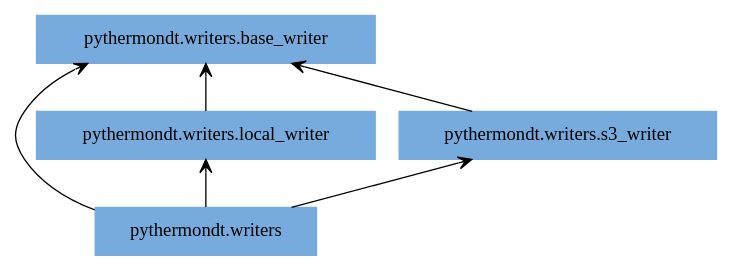
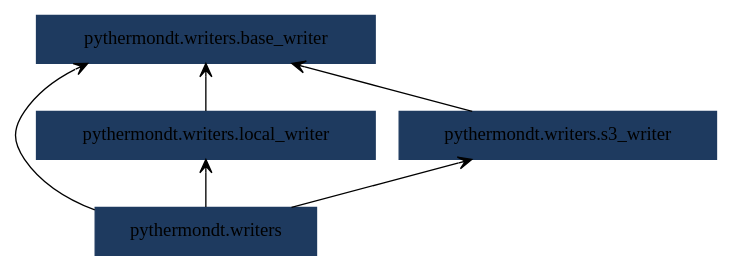
One commit to voidsy-gmbh/pyThermoNDT changed the diagram in docs/pyreverse/packages_pythermondt.writers.gv. Above: the diagram before and after it, drawn with Graphviz. The commit also changed 25 other files, not shown here.

Commit message:
Update pyreverse diagrams

```diff
--- a/docs/pyreverse/packages_pythermondt.writers.gv
+++ b/docs/pyreverse/packages_pythermondt.writers.gv
@@ -1,13 +1,13 @@
 digraph "packages_pythermondt.writers" {
 rankdir=BT
 charset="utf-8"
-"pythermondt.writers" [color="#77AADD", label=<pythermondt.writers>, shape="box", style="filled"];
-"pythermondt.writers.base_writer" [color="#77AADD", label=<pythermondt.writers.base_writer>, shape="box", style="filled"];
-"pythermondt.writers.local_writer" [color="#77AADD", label=<pythermondt.writers.local_writer>, shape="box", style="filled"];
-"pythermondt.writers.s3_writer" [color="#77AADD", label=<pythermondt.writers.s3_writer>, shape="box", style="filled"];
+"pythermondt.writers" [color="#1E3A5F", label=<pythermondt.writers>, shape="box", style="filled"];
+"pythermondt.writers.base_writer" [color="#1E3A5F", label=<pythermondt.writers.base_writer>, shape="box", style="filled"];
+"pythermondt.writers.local_writer" [color="#1E3A5F", label=<pythermondt.writers.local_writer>, shape="box", style="filled"];
+"pythermondt.writers.s3_writer" [color="#1E3A5F", label=<pythermondt.writers.s3_writer>, shape="box", style="filled"];
 "pythermondt.writers" -> "pythermondt.writers.base_writer" [arrowhead="open", arrowtail="none"];
 "pythermondt.writers" -> "pythermondt.writers.local_writer" [arrowhead="open", arrowtail="none"];
 "pythermondt.writers" -> "pythermondt.writers.s3_writer" [arrowhead="open", arrowtail="none"];
 "pythermondt.writers.local_writer" -> "pythermondt.writers.base_writer" [arrowhead="open", arrowtail="none"];
 "pythermondt.writers.s3_writer" -> "pythermondt.writers.base_writer" [arrowhead="open", arrowtail="none"];
 }
```
